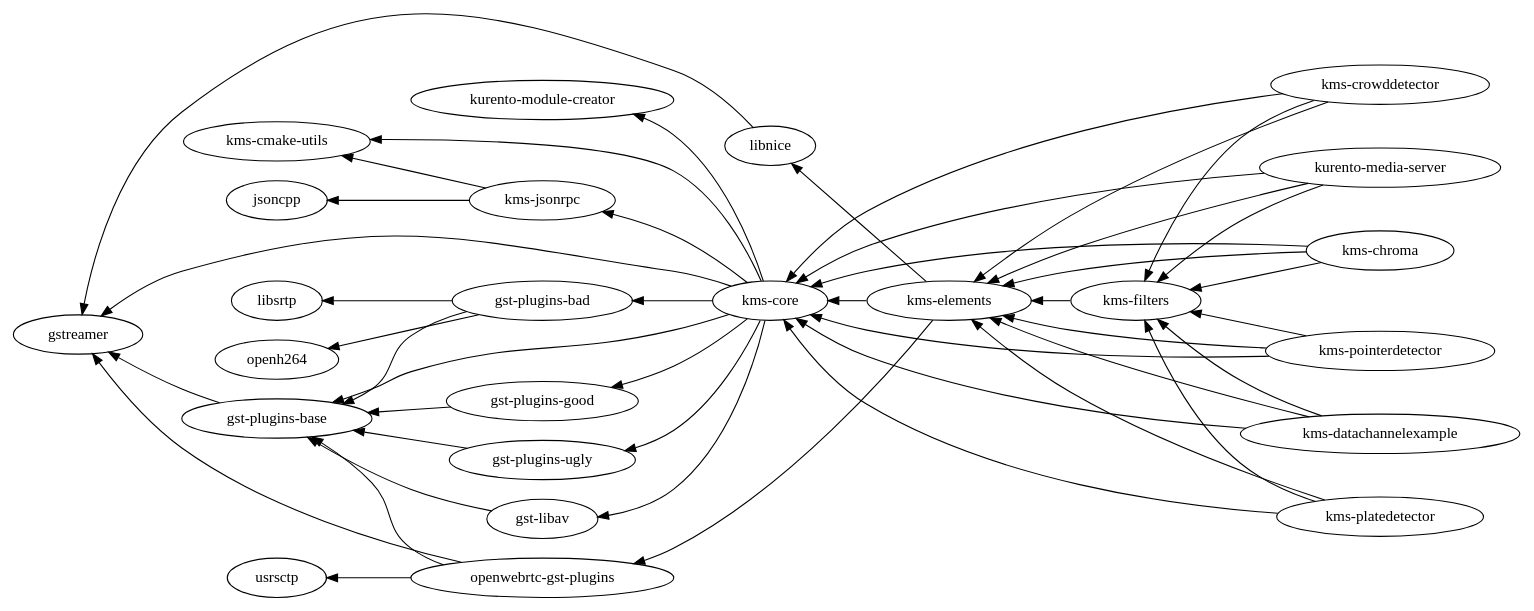
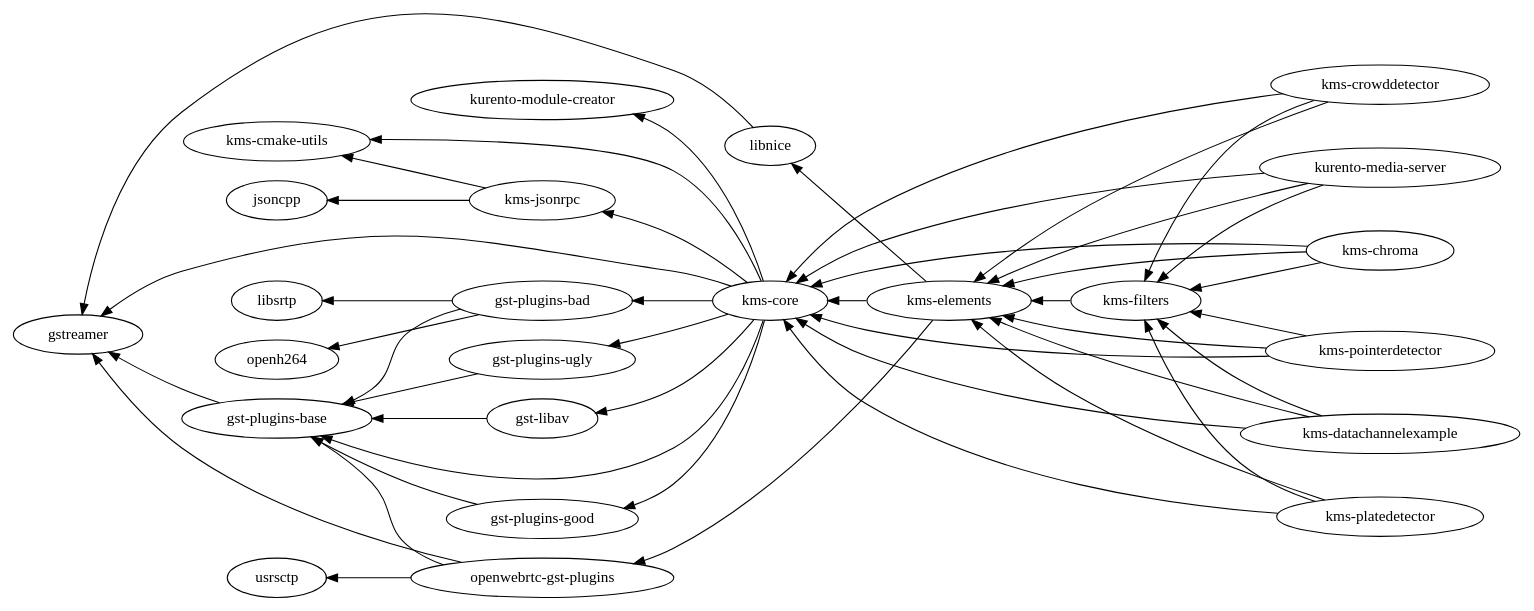
One commit to Kurento/doc-kurento-readthedocs changed the diagram in source/images/graphs/dependencies-all.dot. Above: the diagram before and after it, drawn with Graphviz. The commit also changed 535 other files, not shown here.

```diff
--- a/source/images/graphs/dependencies-all.dot
+++ b/source/images/graphs/dependencies-all.dot
@@ -1,38 +1,38 @@
 digraph dependencies_all {
   bgcolor = "transparent";
   fontname = "Bitstream Vera Sans";
   fontsize = 8;
   size = "12,8";
 
   rankdir = "RL";
 
   // Kurento external libraries
-  "gstreamer";
+  "jsoncpp";
   "libsrtp";
   "openh264";
   "usrsctp";
-  "jsoncpp";
+  "gstreamer";
   "gst-plugins-base" -> "gstreamer";
   "gst-plugins-good" -> "gst-plugins-base";
+  "gst-plugins-bad" -> {"gst-plugins-base" "libsrtp" "openh264"};
   "gst-plugins-ugly" -> "gst-plugins-base";
-  "gst-plugins-bad" -> {"gst-plugins-base" "libsrtp" "openh264"};
   "gst-libav" -> "gst-plugins-base";
   "openwebrtc-gst-plugins" -> {"gstreamer" "gst-plugins-base" "usrsctp"};
   "libnice" -> "gstreamer";
 
   // KMS main components
   "kurento-module-creator";
   "kms-cmake-utils";
   "kms-jsonrpc" -> {"jsoncpp" "kms-cmake-utils"};
-  "kms-core" -> {"gstreamer" "gst-plugins-base" "gst-plugins-good" "gst-plugins-ugly" "gst-libav" "gst-plugins-bad" "kms-cmake-utils" "kms-jsonrpc" "kurento-module-creator"};
+  "kms-core" -> {"gstreamer" "gst-plugins-base" "gst-plugins-good" "gst-plugins-bad" "gst-plugins-ugly" "gst-libav" "kurento-module-creator" "kms-cmake-utils" "kms-jsonrpc"};
   "kms-elements" -> {"openwebrtc-gst-plugins" "libnice" "kms-core"};
   "kms-filters" -> "kms-elements";
   "kurento-media-server" -> {"kms-core" "kms-elements" "kms-filters"};
 
   // KMS extra modules
   "kms-chroma" -> {"kms-core" "kms-elements" "kms-filters"};
   "kms-crowddetector" -> {"kms-core" "kms-elements" "kms-filters"};
   "kms-datachannelexample" -> {"kms-core" "kms-elements" "kms-filters"};
   "kms-platedetector" -> {"kms-core" "kms-elements" "kms-filters"};
   "kms-pointerdetector" -> {"kms-core" "kms-elements" "kms-filters"};
 }
```
